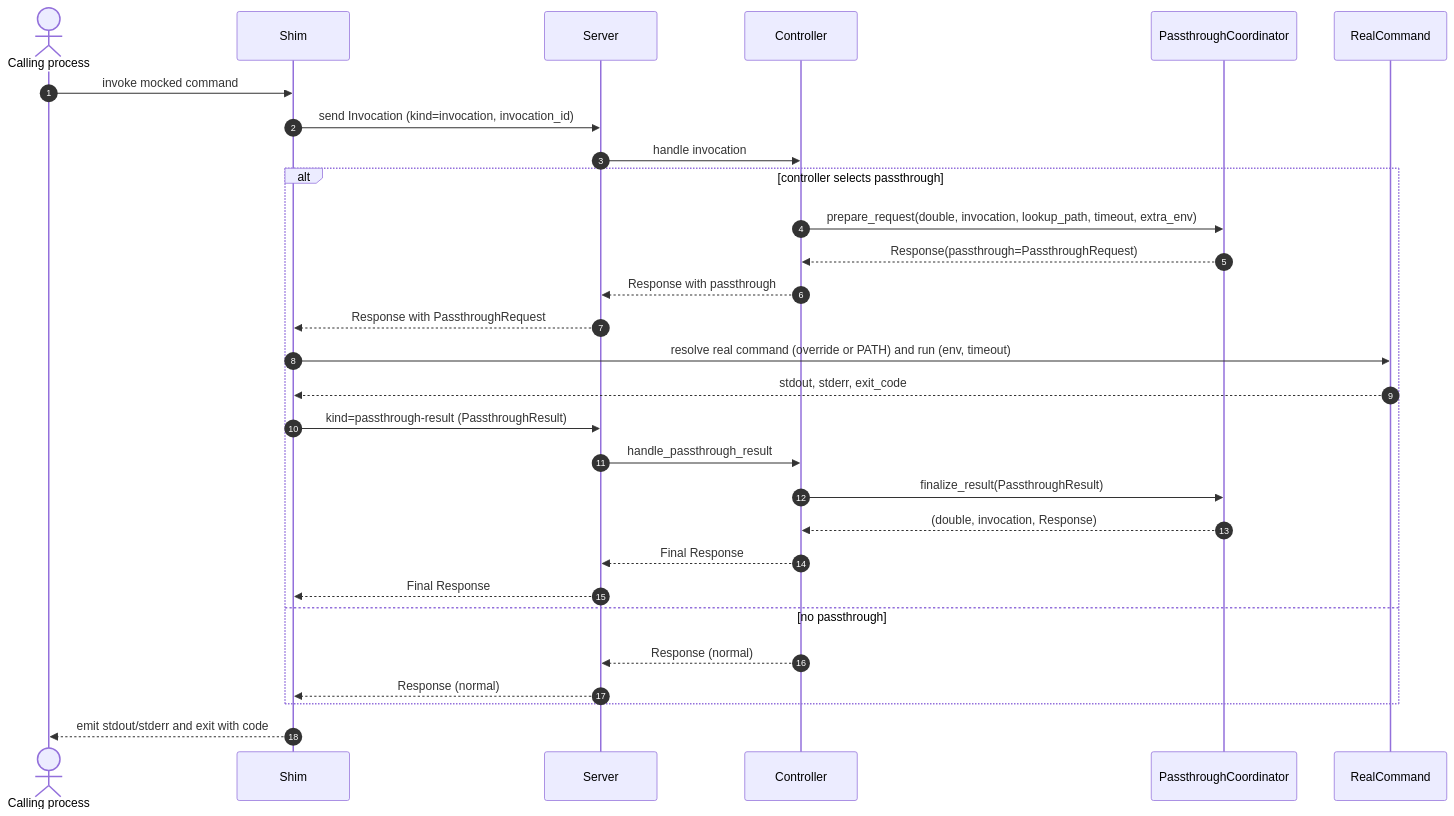
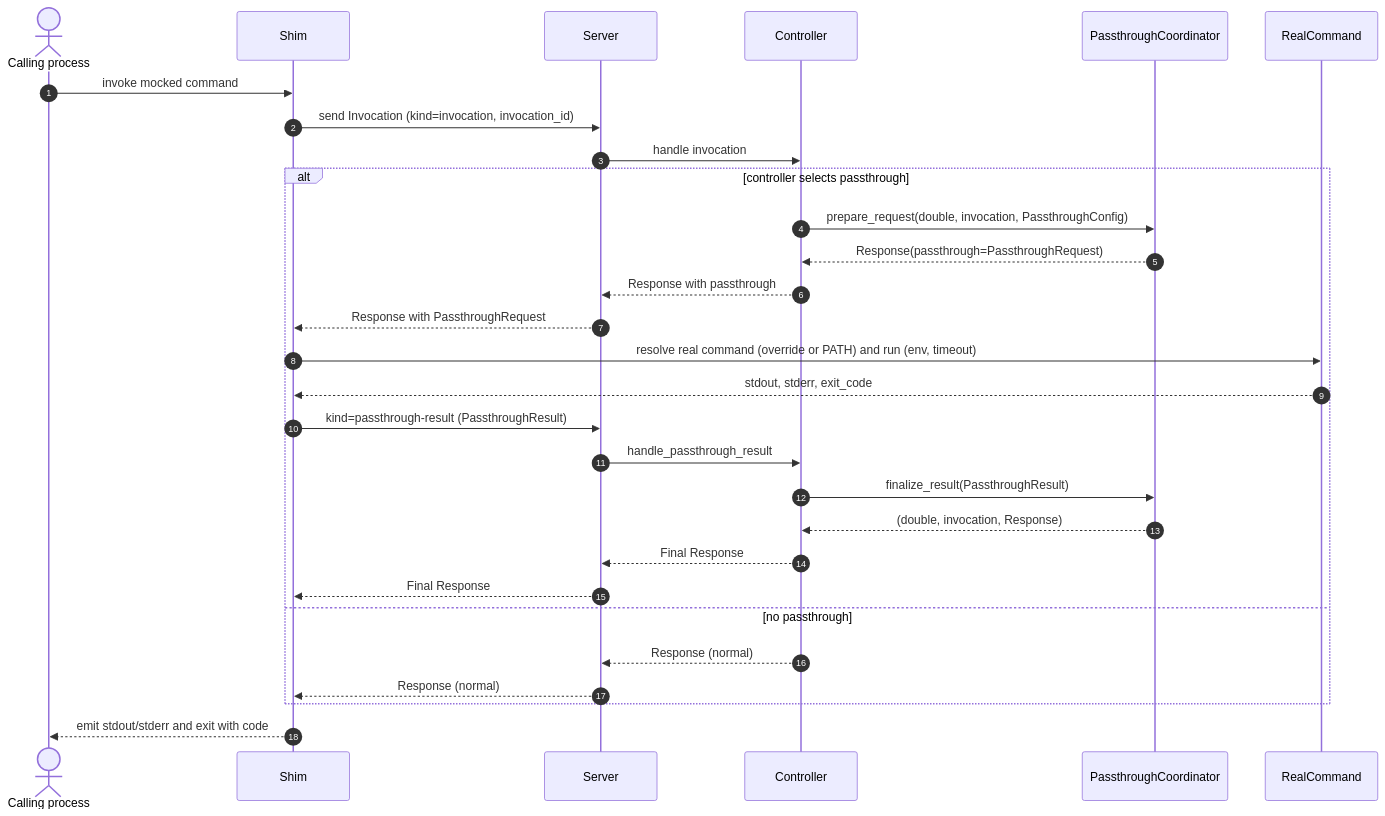
The eighth of 11 diagrams in docs/python-native-command-mocking-design.md (leynos/cmd-mox), drawn with Mermaid before and after one commit. The commit also changed 3 other files, not shown here.

Commit message:
Introduce passthrough config dataclass

````diff
--- a/docs/python-native-command-mocking-design.md
+++ b/docs/python-native-command-mocking-design.md
@@ -1020,32 +1020,32 @@
 ```mermaid
 sequenceDiagram
   autonumber
   actor Caller as Calling process
   participant Shim
   participant Server
   participant Controller
   participant Passthrough as PassthroughCoordinator
   participant Runner as RealCommand
 
   Caller->>Shim: invoke mocked command
   Shim->>Server: send Invocation (kind=invocation, invocation_id)
   Server->>Controller: handle invocation
   alt controller selects passthrough
-    Controller->>Passthrough: prepare_request(double, invocation, lookup_path, timeout, extra_env)
+    Controller->>Passthrough: prepare_request(double, invocation, PassthroughConfig)
     Passthrough-->>Controller: Response(passthrough=PassthroughRequest)
     Controller-->>Server: Response with passthrough
     Server-->>Shim: Response with PassthroughRequest
     Shim->>Runner: resolve real command (override or PATH) and run (env, timeout)
     Runner-->>Shim: stdout, stderr, exit_code
     Shim->>Server: kind=passthrough-result (PassthroughResult)
     Server->>Controller: handle_passthrough_result
     Controller->>Passthrough: finalize_result(PassthroughResult)
     Passthrough-->>Controller: (double, invocation, Response)
     Controller-->>Server: Final Response
     Server-->>Shim: Final Response
   else no passthrough
     Controller-->>Server: Response (normal)
     Server-->>Shim: Response (normal)
   end
   Shim-->>Caller: emit stdout/stderr and exit with code
 ```
````
